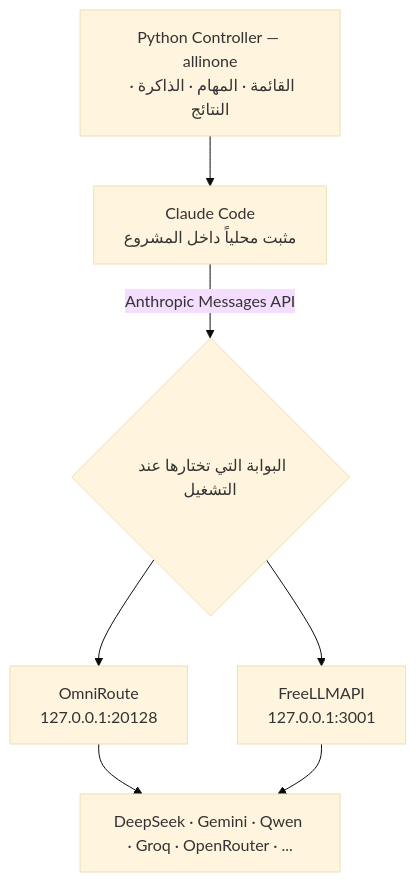
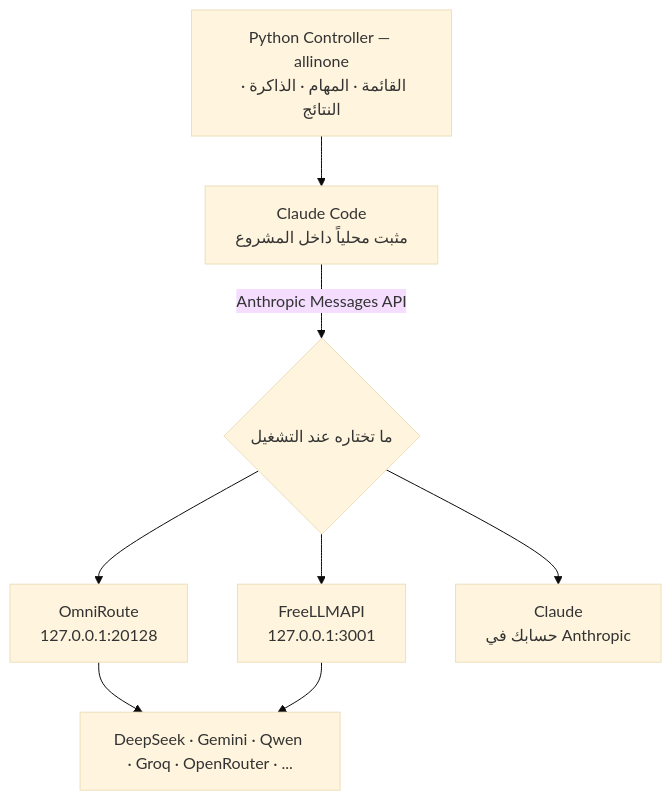
One commit to baghdadhost-wq/Allinone changed the diagram in README.md. Above: the diagram before and after it, drawn with Mermaid (base theme). The commit also changed other lines of this file and 19 other files, not shown here.

First line of the commit message:
Add a Claude-style GUI and the direct Claude (Anthropic account) option

````diff
--- a/README.md
+++ b/README.md
@@ -10,9 +11,10 @@
 ```mermaid
 flowchart TD
     A["Python Controller — allinone<br/>القائمة · المهام · الذاكرة · النتائج"] --> B["Claude Code<br/>مثبت محلياً داخل المشروع"]
-    B -- "Anthropic Messages API" --> C{"البوابة التي تختارها عند التشغيل"}
+    B -- "Anthropic Messages API" --> C{"ما تختاره عند التشغيل"}
     C --> D["OmniRoute<br/>127.0.0.1:20128"]
     C --> E["FreeLLMAPI<br/>127.0.0.1:3001"]
+    C --> G["Claude<br/>حسابك في Anthropic"]
     D --> F["DeepSeek · Gemini · Qwen · Groq · OpenRouter · ..."]
     E --> F
 ```
````
